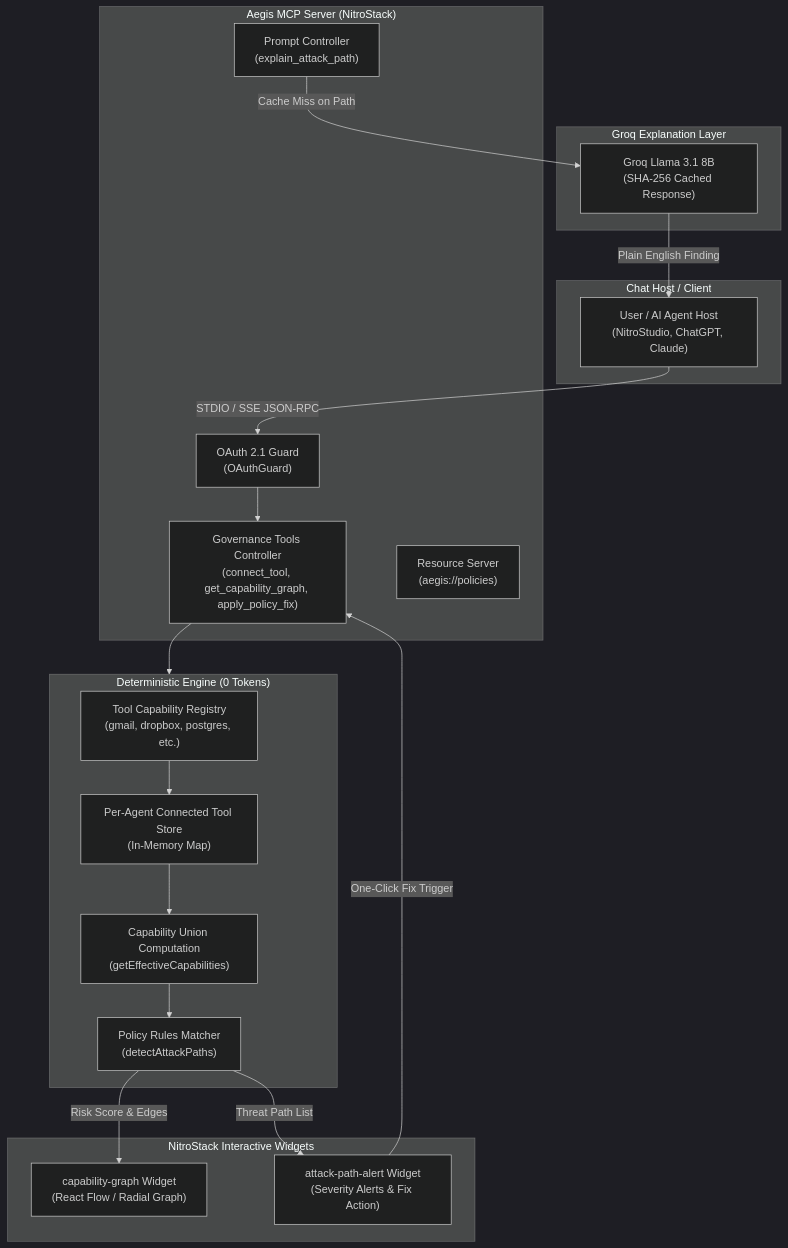
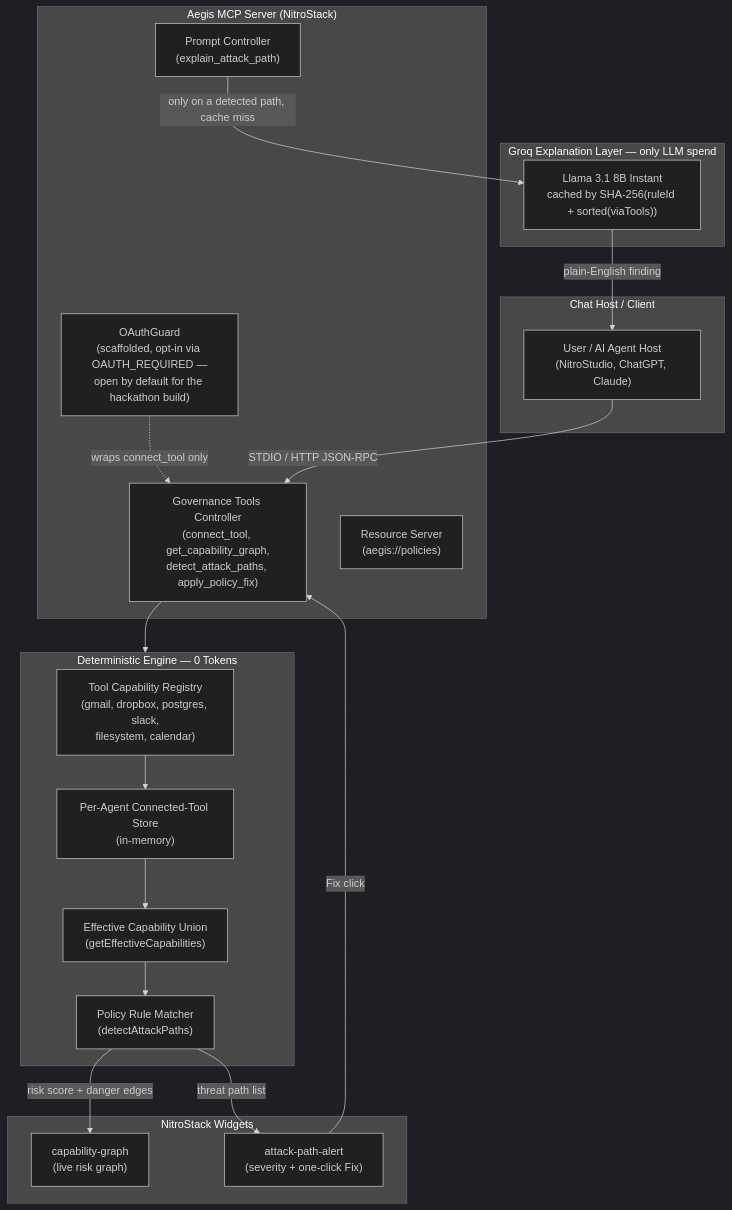
One commit to prince-rai88/aegis-mcp changed the first of 2 diagrams in README.md. Above: the diagram before and after it, drawn with Mermaid (dark theme). The commit also changed other lines of this file and 2 other files, not shown here.

First line of the commit message:
docs: fix README accuracy, add real screenshots, add live deploy URL

````diff
--- a/README.md
+++ b/README.md
@@ -60,43 +79,41 @@
 ```mermaid
 flowchart TD
     subgraph Host["Chat Host / Client"]
         Client["User / AI Agent Host\n(NitroStudio, ChatGPT, Claude)"]
     end
 
     subgraph MCP["Aegis MCP Server (NitroStack)"]
-        Guard["OAuth 2.1 Guard\n(OAuthGuard)"]
-        Tools["Governance Tools Controller\n(connect_tool, get_capability_graph, apply_policy_fix)"]
+        Tools["Governance Tools Controller\n(connect_tool, get_capability_graph,\ndetect_attack_paths, apply_policy_fix)"]
+        Guard["OAuthGuard\n(scaffolded, opt-in via OAUTH_REQUIRED —\nopen by default for the hackathon build)"]
         Resources["Resource Server\n(aegis://policies)"]
         Prompts["Prompt Controller\n(explain_attack_path)"]
-        
-        Guard --> Tools
+
+        Guard -. wraps connect_tool only .-> Tools
     end
 
-    subgraph Engine["Deterministic Engine (0 Tokens)"]
-        Registry["Tool Capability Registry\n(gmail, dropbox, postgres, etc.)"]
-        Store["Per-Agent Connected Tool Store\n(In-Memory Map)"]
-        Union["Capability Union Computation\n(getEffectiveCapabilities)"]
-        Detector["Policy Rules Matcher\n(detectAttackPaths)"]
+    subgraph Engine["Deterministic Engine — 0 Tokens"]
+        Registry["Tool Capability Registry\n(gmail, dropbox, postgres, slack,\nfilesystem, calendar)"]
+        Store["Per-Agent Connected-Tool Store\n(in-memory)"]
+        Union["Effective Capability Union\n(getEffectiveCapabilities)"]
+        Detector["Policy Rule Matcher\n(detectAttackPaths)"]
 
-        Registry --> Store
-        Store --> Union
-        Union --> Detector
+        Registry --> Store --> Union --> Detector
     end
 
-    subgraph UI["NitroStack Interactive Widgets"]
-        GraphWidget["capability-graph Widget\n(React Flow / Radial Graph)"]
-        AlertWidget["attack-path-alert Widget\n(Severity Alerts & Fix Action)"]
+    subgraph UI["NitroStack Widgets"]
+        GraphWidget["capability-graph\n(live risk graph)"]
+        AlertWidget["attack-path-alert\n(severity + one-click Fix)"]
     end
 
-    subgraph LLM["Groq Explanation Layer"]
-        Groq["Groq Llama 3.1 8B\n(SHA-256 Cached Response)"]
+    subgraph LLM["Groq Explanation Layer — only LLM spend"]
+        Groq["Llama 3.1 8B Instant\ncached by SHA-256(ruleId + sorted(viaTools))"]
     end
 
-    Client -->|STDIO / SSE JSON-RPC| Guard
+    Client -->|STDIO / HTTP JSON-RPC| Tools
     Tools --> Engine
-    Detector -->|Risk Score & Edges| GraphWidget
-    Detector -->|Threat Path List| AlertWidget
-    Prompts -->|Cache Miss on Path| Groq
-    Groq -->|Plain English Finding| Client
-    AlertWidget -->|One-Click Fix Trigger| Tools
+    Detector -->|risk score + danger edges| GraphWidget
+    Detector -->|threat path list| AlertWidget
+    Prompts -->|only on a detected path, cache miss| Groq
+    Groq -->|plain-English finding| Client
+    AlertWidget -->|Fix click| Tools
 ```
````
